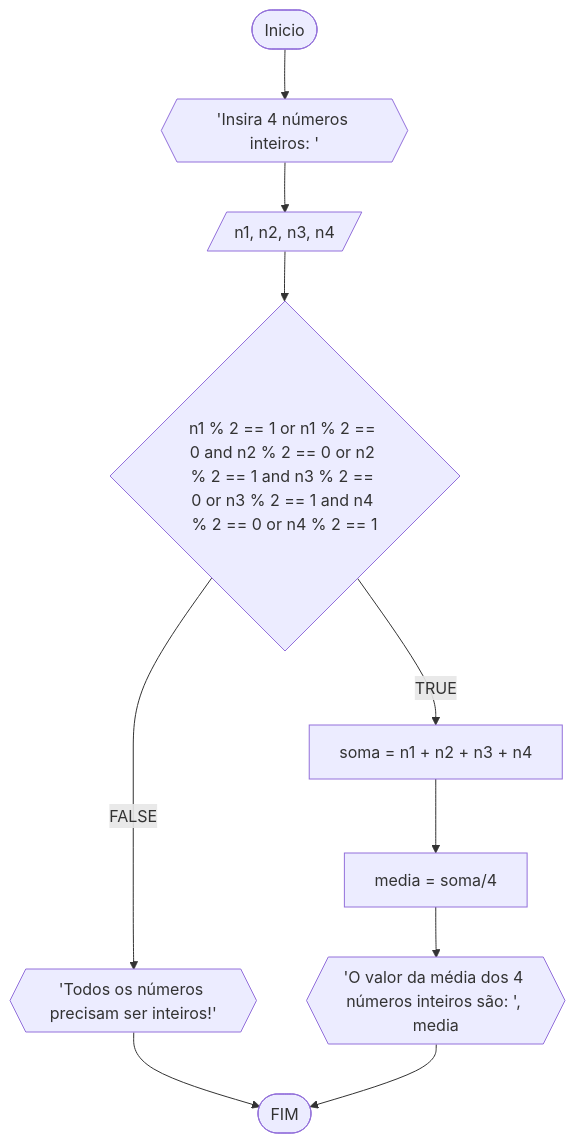
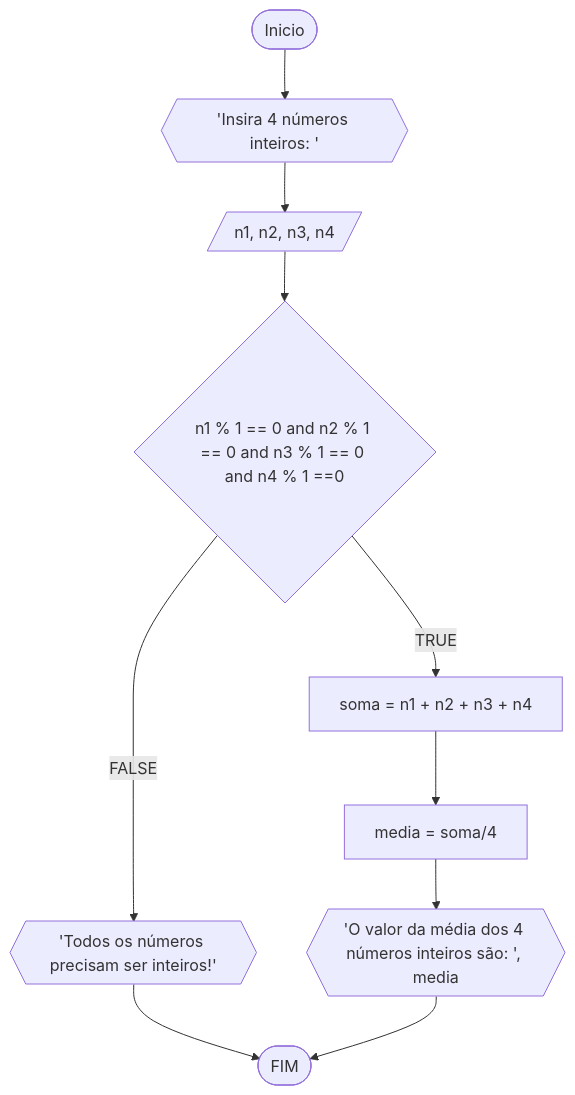
The first of 6 diagrams in RLA/lista2_exercicios.md (stuffxdd/Unifor), drawn with Mermaid before and after one commit.

````diff
--- a/RLA/lista2_exercicios.md
+++ b/RLA/lista2_exercicios.md
@@ -8,13 +8,13 @@
 ```mermaid
 flowchart TD
 A([Inicio]) --> B{{'Insira 4 números inteiros: '}}
 B --> C[/n1, n2, n3, n4/]
 
-C --> D{n1 % 2 == 1 or n1 % 2 == 0 and n2 % 2 == 0 or n2 % 2 == 1 and n3 % 2 == 0 or n3 % 2 == 1 and n4 % 2 == 0 or n4 % 2 == 1}
+C --> D{n1 % 1 == 0 and n2 % 1 == 0 and n3 % 1 == 0 and n4 % 1 ==0}
 D --FALSE--> E{{'Todos os números precisam ser inteiros!'}} --> Z
 D --TRUE--> F[soma = n1 + n2 + n3 + n4]
 F --> G[media = soma/4]
 G --> H{{'O valor da média dos 4 números inteiros são: ', media}} --> Z
 
 Z([FIM])
 ```
````
